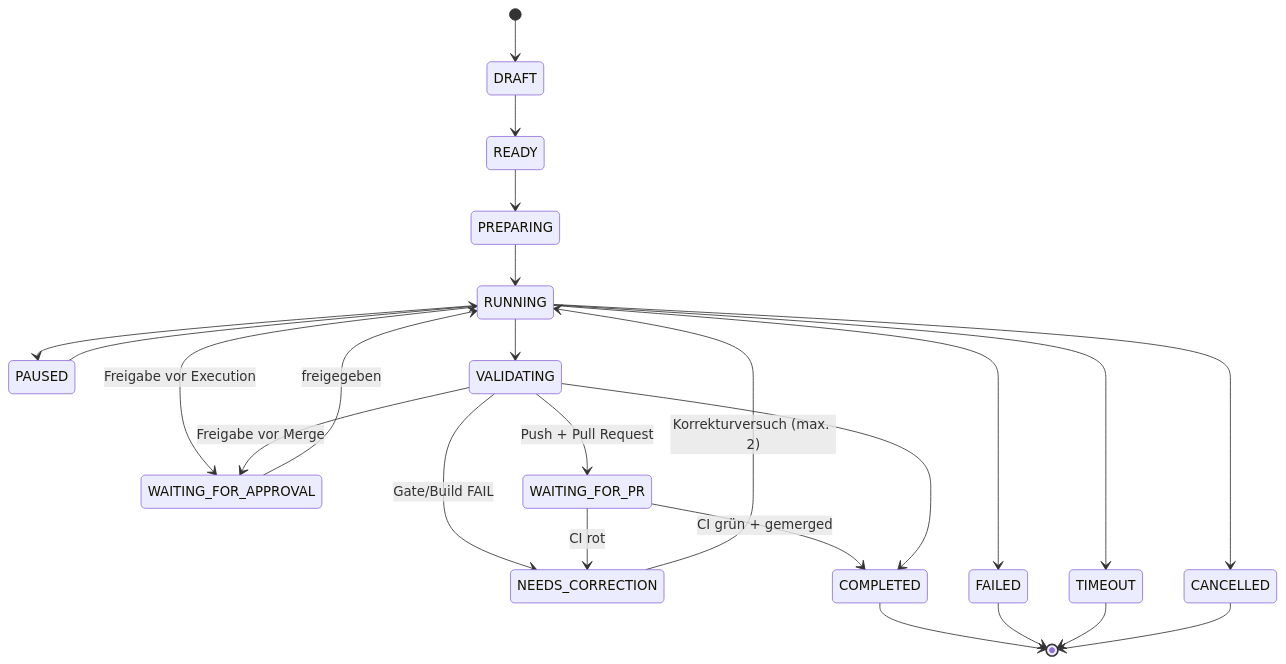
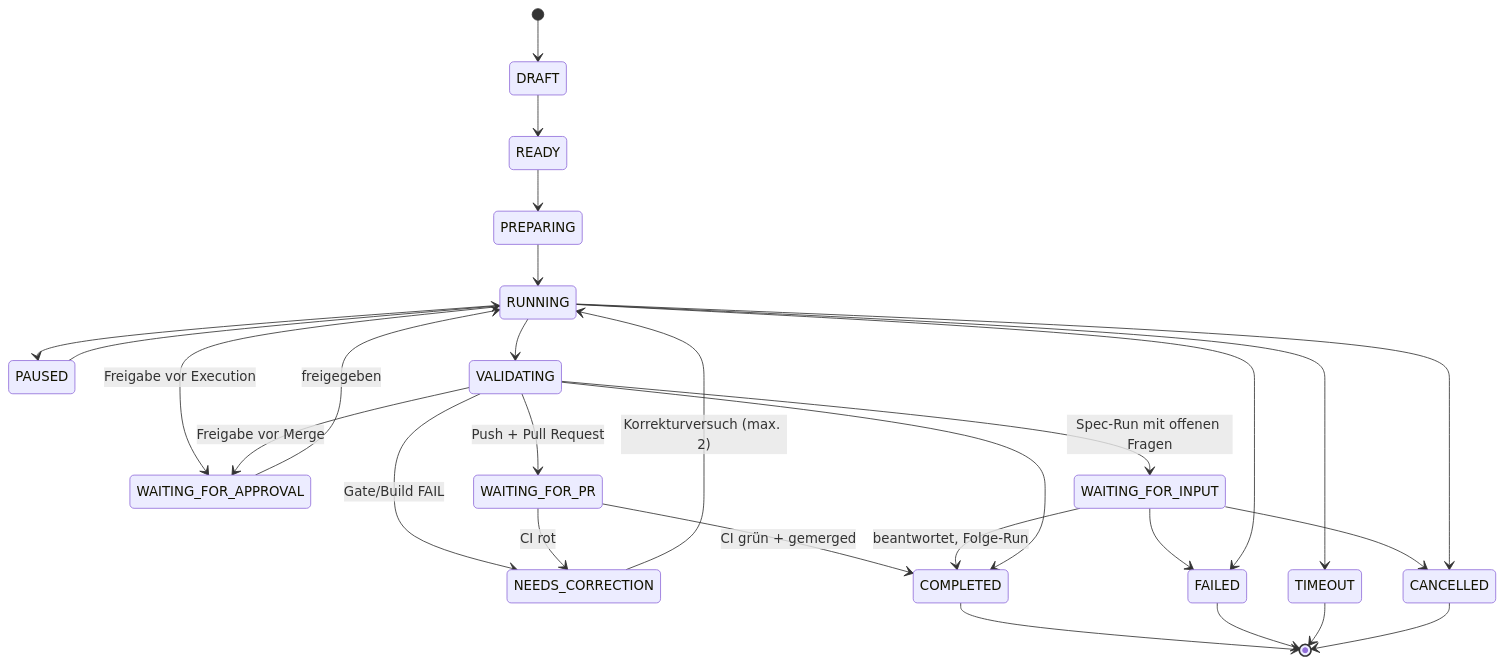
One commit to mjanda0815/agentic-publikation changed the diagram in abbildungen/abb25.mmd. Above: the diagram before and after it, drawn with Mermaid. The commit also changed 57 other files, not shown here.

```diff
--- a/abbildungen/abb25.mmd
+++ b/abbildungen/abb25.mmd
@@ -1,24 +1,28 @@
 stateDiagram-v2
     [*] --> DRAFT
     DRAFT --> READY
     READY --> PREPARING
     PREPARING --> RUNNING
     RUNNING --> WAITING_FOR_APPROVAL: Freigabe vor Execution
     WAITING_FOR_APPROVAL --> RUNNING: freigegeben
     RUNNING --> PAUSED
     PAUSED --> RUNNING
     RUNNING --> VALIDATING
     VALIDATING --> NEEDS_CORRECTION: Gate/Build FAIL
     NEEDS_CORRECTION --> RUNNING: Korrekturversuch (max. 2)
     VALIDATING --> WAITING_FOR_APPROVAL: Freigabe vor Merge
     VALIDATING --> WAITING_FOR_PR: Push + Pull Request
     WAITING_FOR_PR --> COMPLETED: CI grün + gemerged
     WAITING_FOR_PR --> NEEDS_CORRECTION: CI rot
+    VALIDATING --> WAITING_FOR_INPUT: Spec-Run mit offenen Fragen
+    WAITING_FOR_INPUT --> COMPLETED: beantwortet, Folge-Run
+    WAITING_FOR_INPUT --> CANCELLED
+    WAITING_FOR_INPUT --> FAILED
     VALIDATING --> COMPLETED
     RUNNING --> FAILED
     RUNNING --> TIMEOUT
     RUNNING --> CANCELLED
     COMPLETED --> [*]
     FAILED --> [*]
     TIMEOUT --> [*]
     CANCELLED --> [*]
```
